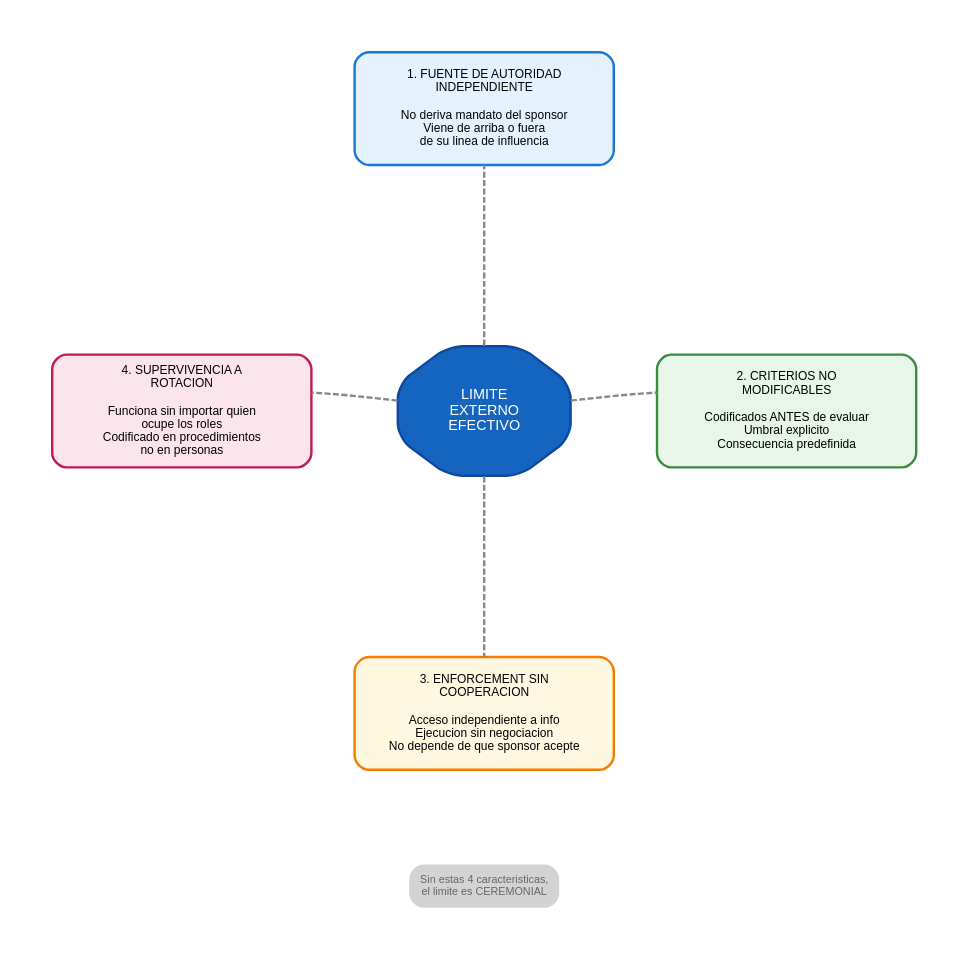
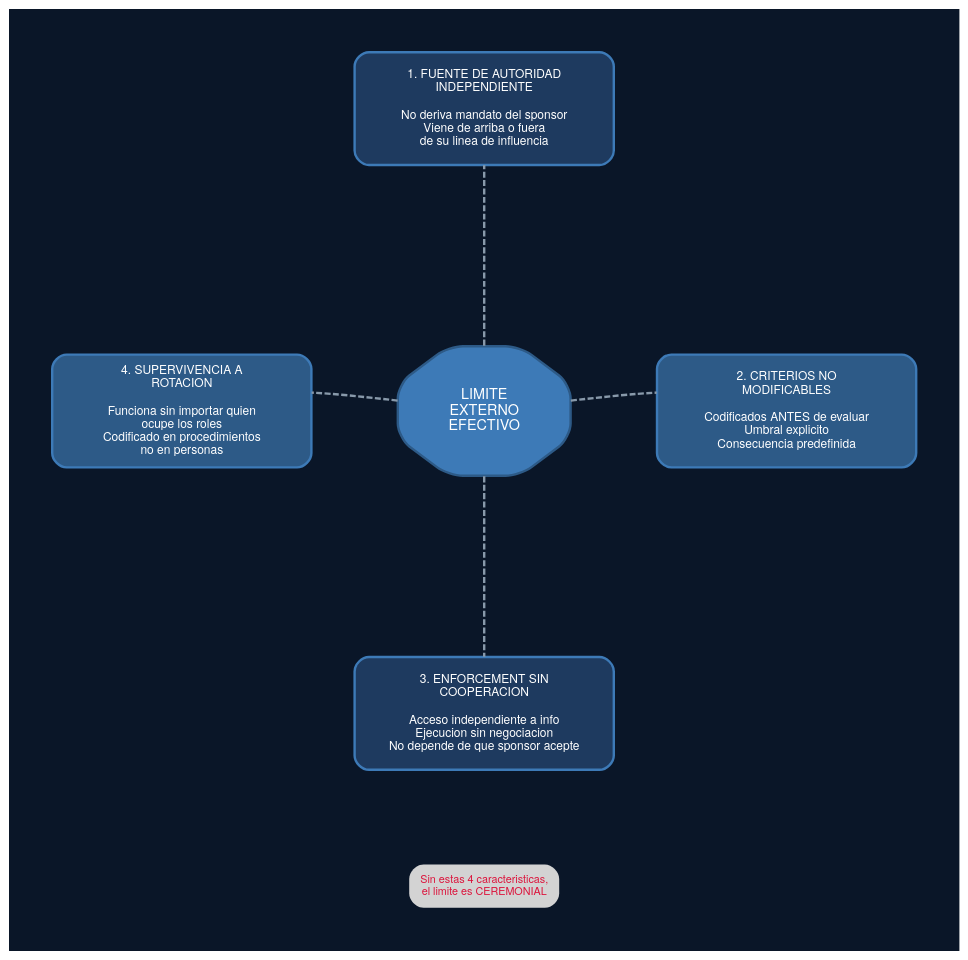
The diagram in assets/diagrams/B4-requisitos-limite.dot (gonzalezulises/mas-control-mas-caos), drawn with Graphviz before and after one commit. The commit also changed 11 other files, not shown here.

First line of the commit message:
Update all diagrams to match cover color palette

```diff
--- a/assets/diagrams/B4-requisitos-limite.dot
+++ b/assets/diagrams/B4-requisitos-limite.dot
@@ -1,60 +1,61 @@
 digraph RequisitosLimite {
     // Layout
     layout=neato;
-    bgcolor="white";
+    bgcolor="#0a1628";
     pad=0.5;
     splines=curved;
 
-    // Estilo global
+    // Estilo global - paleta portada
     node [
         shape=box,
         style="rounded,filled",
-        fontname="Arial",
+        fontname="Helvetica Neue",
         fontsize=10,
+        fontcolor="#ffffff",
         penwidth=2
     ];
 
     edge [
         penwidth=2,
-        color="#888888",
+        color="#8899aa",
         style=dashed,
         arrowhead=none
     ];
 
     // Centro
     centro [label="LIMITE\nEXTERNO\nEFECTIVO",
             shape=octagon,
-            fillcolor="#1565c0",
-            color="#0d47a1",
+            fillcolor="#3d7ab7",
+            color="#2d5a87",
             fontcolor="white",
             fontsize=12,
             width=2,
             height=1.5,
             pos="0,0!"];
 
     // 4 Requisitos en cruz
     r1 [label="1. FUENTE DE AUTORIDAD\nINDEPENDIENTE\n\nNo deriva mandato del sponsor\nViene de arriba o fuera\nde su linea de influencia",
-        fillcolor="#e3f2fd", color="#1976d2", width=3, height=1.3, pos="0,3.5!"];
+        fillcolor="#1e3a5f", color="#3d7ab7", width=3, height=1.3, pos="0,3.5!"];
 
     r2 [label="2. CRITERIOS NO\nMODIFICABLES\n\nCodificados ANTES de evaluar\nUmbral explicito\nConsecuencia predefinida",
-        fillcolor="#e8f5e9", color="#388e3c", width=3, height=1.3, pos="3.5,0!"];
+        fillcolor="#2d5a87", color="#3d7ab7", width=3, height=1.3, pos="3.5,0!"];
 
     r3 [label="3. ENFORCEMENT SIN\nCOOPERACION\n\nAcceso independiente a info\nEjecucion sin negociacion\nNo depende de que sponsor acepte",
-        fillcolor="#fff8e1", color="#f57c00", width=3, height=1.3, pos="0,-3.5!"];
+        fillcolor="#1e3a5f", color="#3d7ab7", width=3, height=1.3, pos="0,-3.5!"];
 
     r4 [label="4. SUPERVIVENCIA A\nROTACION\n\nFunciona sin importar quien\nocupe los roles\nCodificado en procedimientos\nno en personas",
-        fillcolor="#fce4ec", color="#c2185b", width=3, height=1.3, pos="-3.5,0!"];
+        fillcolor="#2d5a87", color="#3d7ab7", width=3, height=1.3, pos="-3.5,0!"];
 
     // Conexiones
     centro -> r1;
     centro -> r2;
     centro -> r3;
     centro -> r4;
 
     // Nota
     nota [label="Sin estas 4 caracteristicas,\nel limite es CEREMONIAL",
           shape=plaintext,
           fontsize=9,
-          fontcolor="#666666",
+          fontcolor="#dc143c",
           pos="0,-5.5!"];
 }
```
